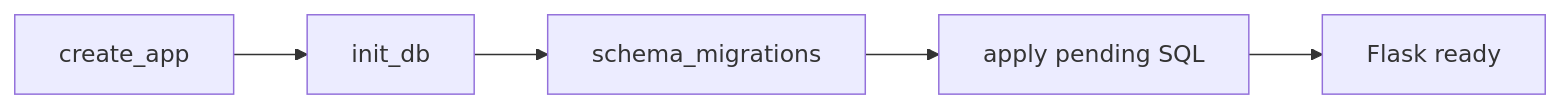
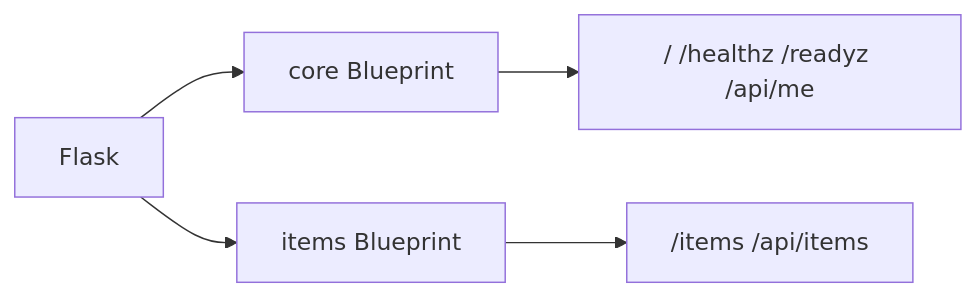
Before and after one commit to k-systems202208/python-sqlite-tailscale-webapp-template: the fourth of 8 diagrams in docs/ARCHITECTURE.md, drawn with Mermaid. The commit also changed other lines of this file and 26 other files, not shown here.

````diff
--- a/docs/ARCHITECTURE.md
+++ b/docs/ARCHITECTURE.md
@@ -55,7 +93,7 @@
 ```mermaid
 flowchart LR
-    S["create_app"] --> I["init_db"]
-    I --> M["schema_migrations"]
-    M --> A["apply pending SQL"]
-    A --> F["Flask ready"]
+    F["Flask"] --> C["core Blueprint"]
+    F --> I["items Blueprint"]
+    C --> R1["/ /healthz /readyz /api/me"]
+    I --> R2["/items /api/items"]
 ```
````
